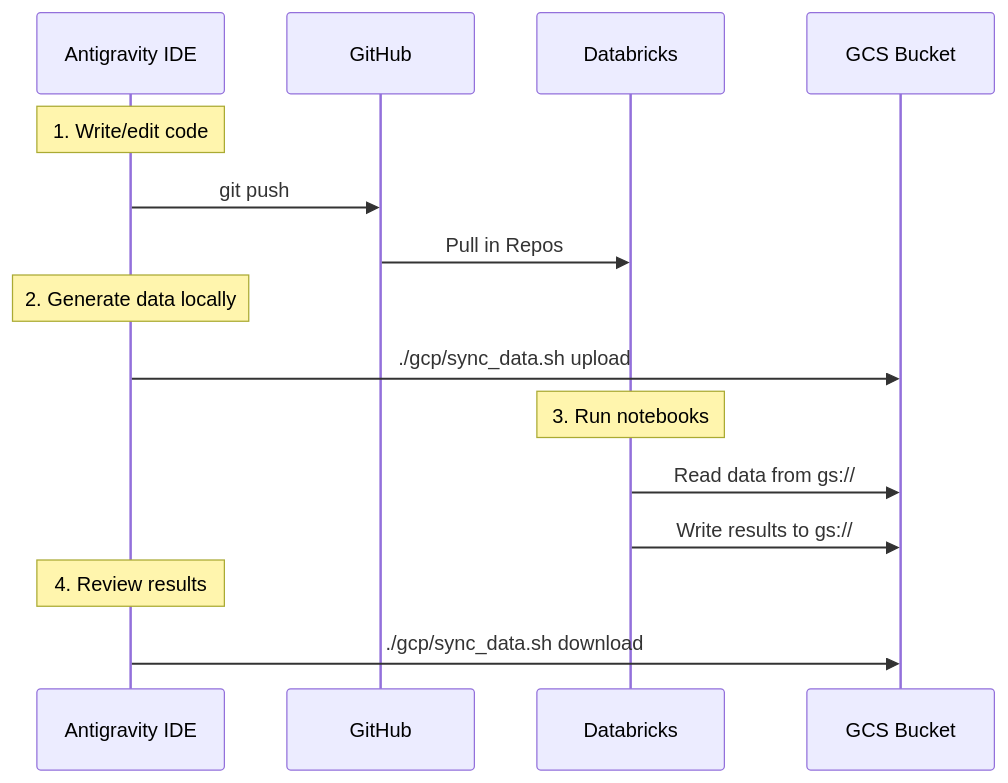
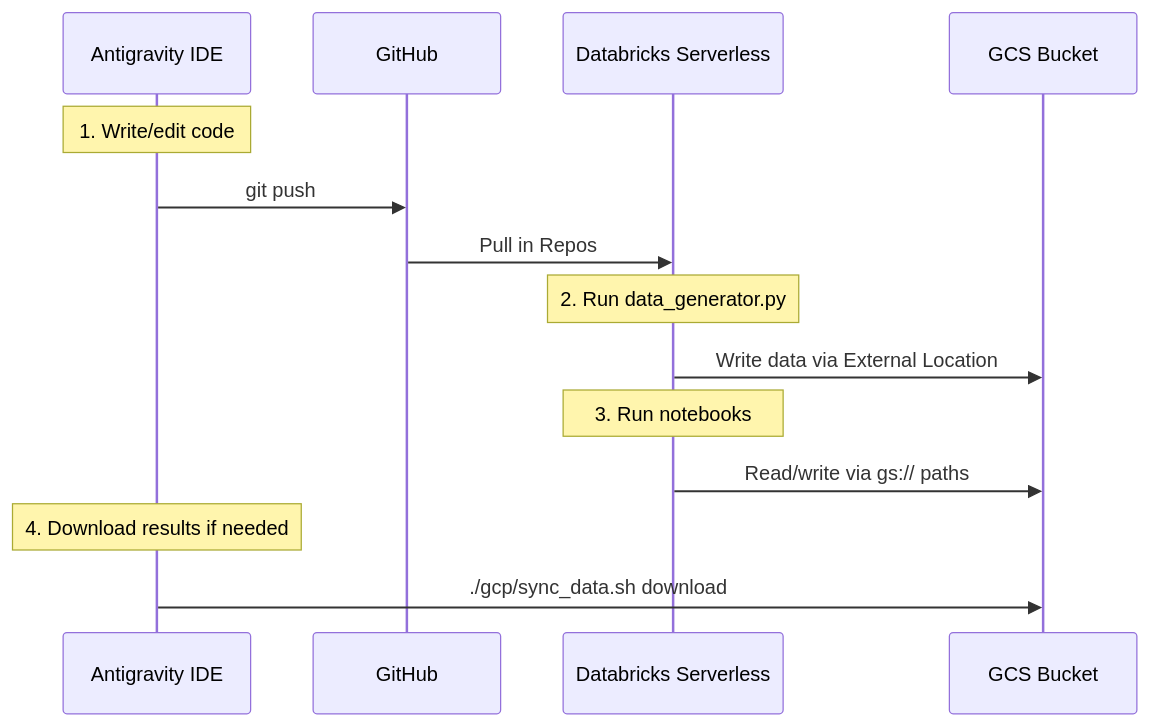
One commit to huynguyen305/Spark-ling changed the third of 3 diagrams in docs/INTEGRATION_GUIDE.md. Above: the diagram before and after it, drawn with Mermaid. The commit also changed other lines of this file and 2 other files, not shown here.

Commit message:
docs: Update integration guide for Databricks Serverless using Unity Catalog and refine `spark_config.py` and `data_generator.py` for environment compatibility.

````diff
--- a/docs/INTEGRATION_GUIDE.md
+++ b/docs/INTEGRATION_GUIDE.md
@@ -228,18 +241,17 @@
 ```mermaid
 sequenceDiagram
     participant AG as Antigravity IDE
     participant GH as GitHub
-    participant DBX as Databricks
+    participant DBX as Databricks Serverless
     participant GCS as GCS Bucket
 
     Note over AG: 1. Write/edit code
     AG->>GH: git push
     GH->>DBX: Pull in Repos
-    Note over AG: 2. Generate data locally
-    AG->>GCS: ./gcp/sync_data.sh upload
+    Note over DBX: 2. Run data_generator.py
+    DBX->>GCS: Write data via External Location
     Note over DBX: 3. Run notebooks
-    DBX->>GCS: Read data from gs://
-    DBX->>GCS: Write results to gs://
-    Note over AG: 4. Review results
+    DBX->>GCS: Read/write via gs:// paths
+    Note over AG: 4. Download results if needed
     AG->>GCS: ./gcp/sync_data.sh download
 ```
````
